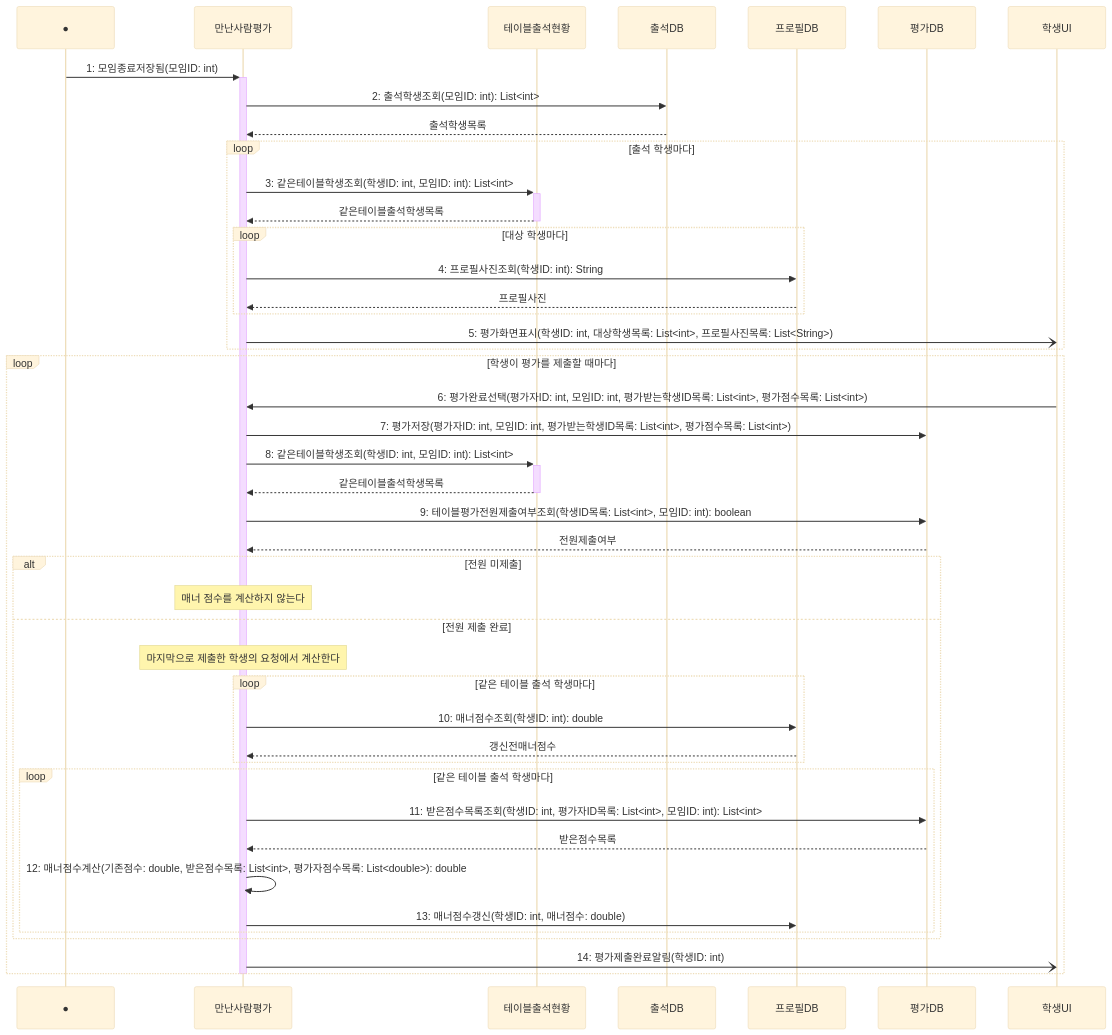
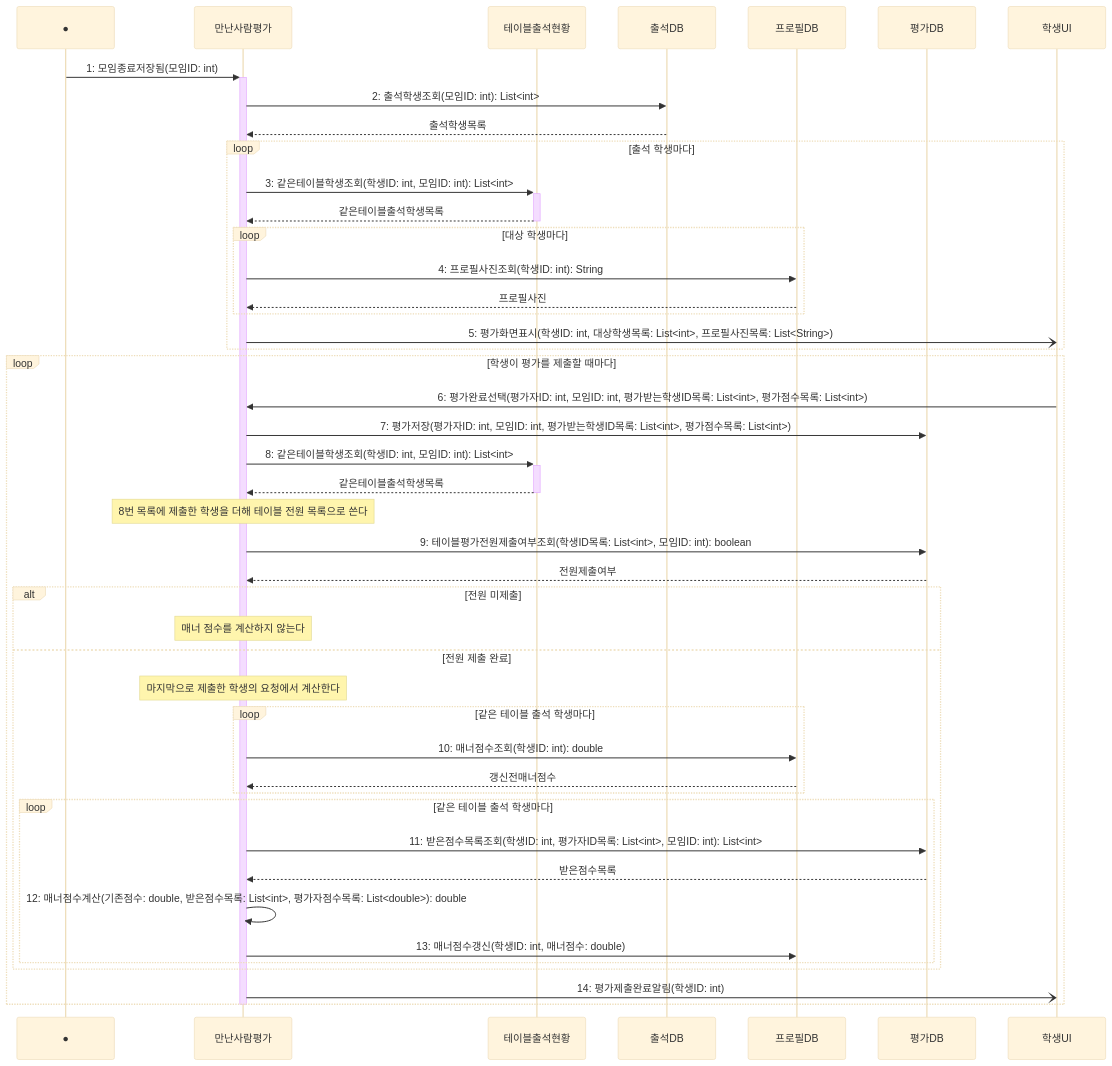
Before and after one commit to hojae3/sw-engineering-16: the diagram in sequence/seq-10.md, drawn with Mermaid (base theme). The commit also changed other lines of this file and 3 other files, not shown here.

````diff
--- a/sequence/seq-10.md
+++ b/sequence/seq-10.md
@@ -25,50 +25,51 @@
 ```mermaid
 sequenceDiagram
     participant Found as ●
     participant 평가 as 만난사람평가
     participant 현황 as 테이블출석현황
     participant 출석DB as 출석DB
     participant 프로필DB as 프로필DB
     participant 평가DB as 평가DB
     participant 학생UI as 학생UI
 
     Found->>+평가: 1: 모임종료저장됨(모임ID: int)
     평가->>출석DB: 2: 출석학생조회(모임ID: int): List<int>
     출석DB-->>평가: 출석학생목록
     loop 출석 학생마다
         평가->>+현황: 3: 같은테이블학생조회(학생ID: int, 모임ID: int): List<int>
         현황-->>-평가: 같은테이블출석학생목록
         loop 대상 학생마다
             평가->>프로필DB: 4: 프로필사진조회(학생ID: int): String
             프로필DB-->>평가: 프로필사진
         end
         평가-)학생UI: 5: 평가화면표시(학생ID: int, 대상학생목록: List<int>, 프로필사진목록: List<String>)
     end
 
     loop 학생이 평가를 제출할 때마다
         학생UI->>평가: 6: 평가완료선택(평가자ID: int, 모임ID: int, 평가받는학생ID목록: List<int>, 평가점수목록: List<int>)
         평가->>평가DB: 7: 평가저장(평가자ID: int, 모임ID: int, 평가받는학생ID목록: List<int>, 평가점수목록: List<int>)
         평가->>+현황: 8: 같은테이블학생조회(학생ID: int, 모임ID: int): List<int>
         현황-->>-평가: 같은테이블출석학생목록
+        Note over 평가: 8번 목록에 제출한 학생을 더해 테이블 전원 목록으로 쓴다
         평가->>평가DB: 9: 테이블평가전원제출여부조회(학생ID목록: List<int>, 모임ID: int): boolean
         평가DB-->>평가: 전원제출여부
 
         alt 전원 미제출
             Note over 평가: 매너 점수를 계산하지 않는다
         else 전원 제출 완료
             Note over 평가: 마지막으로 제출한 학생의 요청에서 계산한다
             loop 같은 테이블 출석 학생마다
                 평가->>프로필DB: 10: 매너점수조회(학생ID: int): double
                 프로필DB-->>평가: 갱신전매너점수
             end
             loop 같은 테이블 출석 학생마다
                 평가->>평가DB: 11: 받은점수목록조회(학생ID: int, 평가자ID목록: List<int>, 모임ID: int): List<int>
                 평가DB-->>평가: 받은점수목록
                 평가->>평가: 12: 매너점수계산(기존점수: double, 받은점수목록: List<int>, 평가자점수목록: List<double>): double
                 평가->>프로필DB: 13: 매너점수갱신(학생ID: int, 매너점수: double)
             end
         end
         평가-)학생UI: 14: 평가제출완료알림(학생ID: int)
     end
     deactivate 평가
 ```
````
